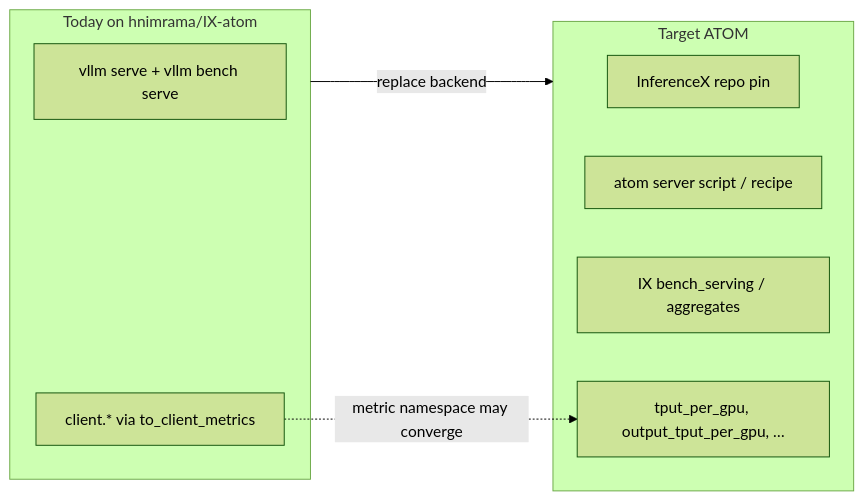
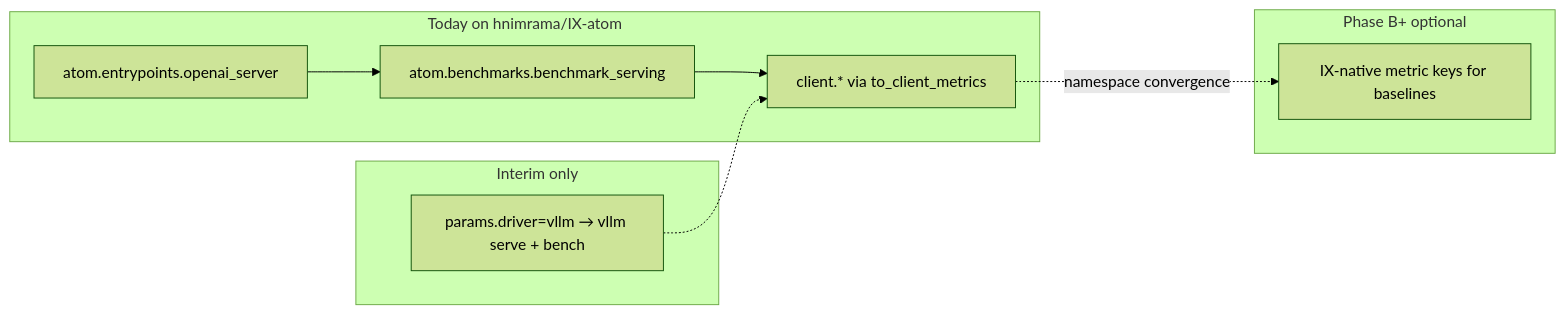
Before and after one commit to ROCm/cvs: the fourth of 7 diagrams in plans/inferencex-atom-cvs-automation-plan.md, drawn with Mermaid (forest theme). The commit also changed other lines of this file and 1 other file, not shown here.

First line of the commit message:
docs(plan): refresh IX-atom plan with accuracy, metrics, and CVS backlog.

````diff
--- a/plans/inferencex-atom-cvs-automation-plan.md
+++ b/plans/inferencex-atom-cvs-automation-plan.md
@@ -149,15 +229,17 @@
 ```mermaid
 flowchart LR
   subgraph today["Today on hnimrama/IX-atom"]
-    VJ["vllm serve + vllm bench serve"]
+    ATOM["atom.entrypoints.openai_server"]
+    BENCH["atom.benchmarks.benchmark_serving"]
     CM["client.* via to_client_metrics"]
   end
-  subgraph target["Target ATOM"]
-    IX["InferenceX repo pin"]
-    ASRV["atom server script / recipe"]
-    ABENCH["IX bench_serving / aggregates"]
-    AM["tput_per_gpu, output_tput_per_gpu, …"]
+  subgraph fallback["Interim only"]
+    VJ["params.driver=vllm → vllm serve + bench"]
   end
-  today -->|"replace backend"| target
-  CM -.->|"metric namespace may converge"| AM
+  subgraph future["Phase B+ optional"]
+    AM["IX-native metric keys for baselines"]
+  end
+  ATOM --> BENCH --> CM
+  VJ -.-> CM
+  CM -.->|"namespace convergence"| AM
 ```
````
